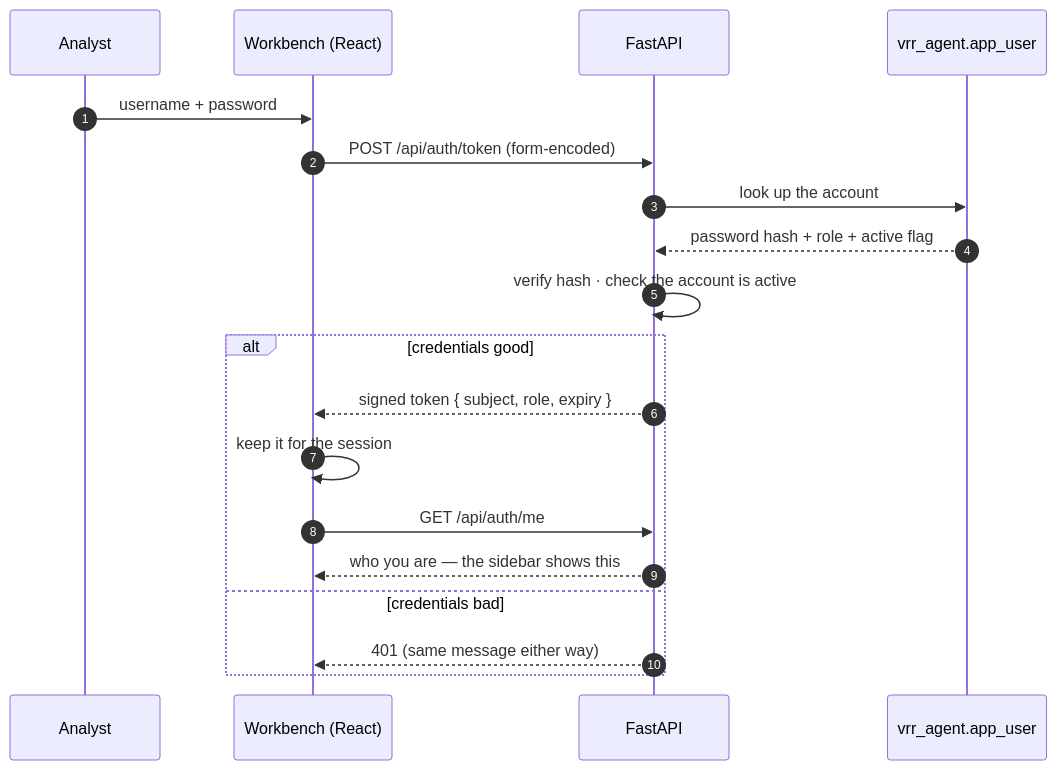
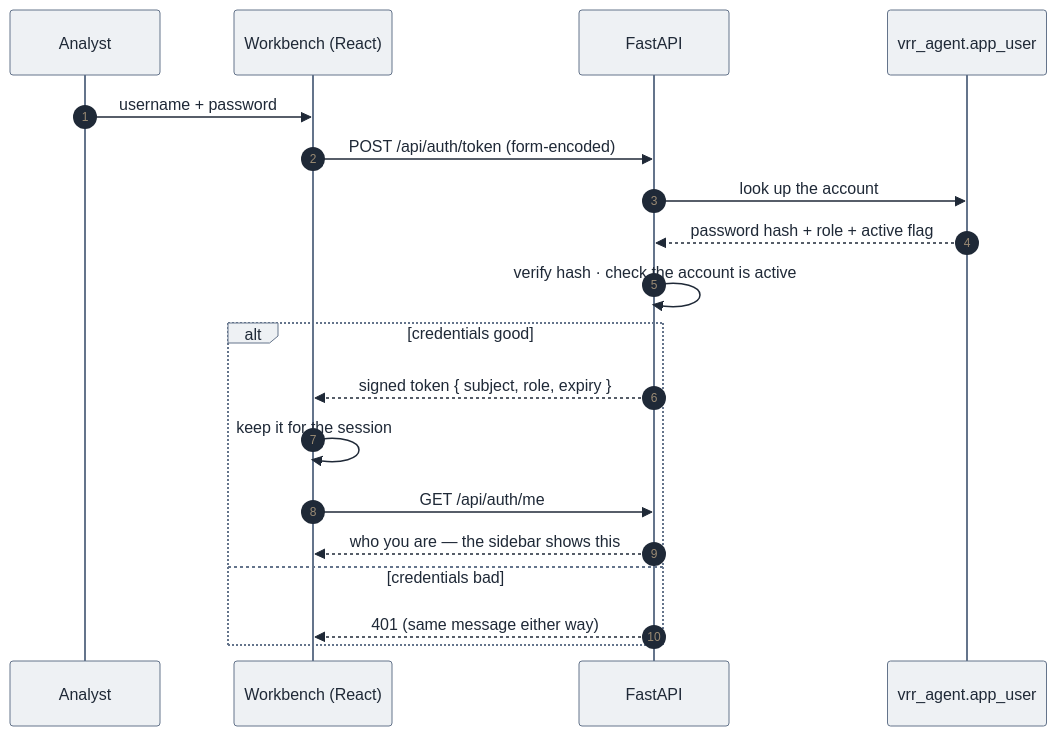
Diagram 17 of 19 in README.md (vamshi455/vrr-agent-open), drawn with Mermaid before and after one commit. The commit also changed other lines of this file and 2 other files, not shown here.

````diff
--- a/README.md
+++ b/README.md
@@ -880,22 +952,23 @@
 ```mermaid
+%%{init: {'theme':'base','themeVariables':{'fontFamily':'ui-sans-serif, system-ui, -apple-system, sans-serif','fontSize':'13px','lineColor':'#64748b','primaryColor':'#eef1f4','primaryTextColor':'#1f2937','primaryBorderColor':'#64748b','secondaryColor':'#e3edf6','tertiaryColor':'#eef1f4'},'flowchart':{'htmlLabels':true,'padding':10,'nodeSpacing':46,'rankSpacing':54,'curve':'basis','useMaxWidth':true},'sequence':{'useMaxWidth':true,'boxMargin':8}}}%%
 sequenceDiagram
     autonumber
     participant U as Analyst
     participant W as Workbench (React)
     participant A as FastAPI
     participant DB as vrr_agent.app_user
 
     U->>W: username + password
     W->>A: POST /api/auth/token (form-encoded)
     A->>DB: look up the account
     DB-->>A: password hash + role + active flag
     A->>A: verify hash · check the account is active
     alt credentials good
         A-->>W: signed token { subject, role, expiry }
         W->>W: keep it for the session
         W->>A: GET /api/auth/me
         A-->>W: who you are — the sidebar shows this
     else credentials bad
         A-->>W: 401 (same message either way)
     end
 ```
````
